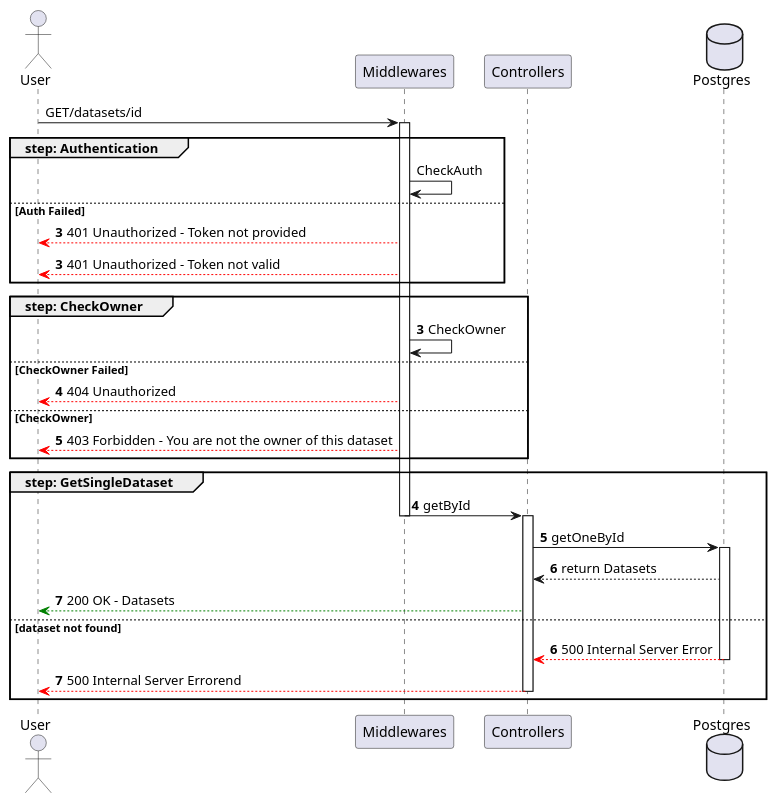
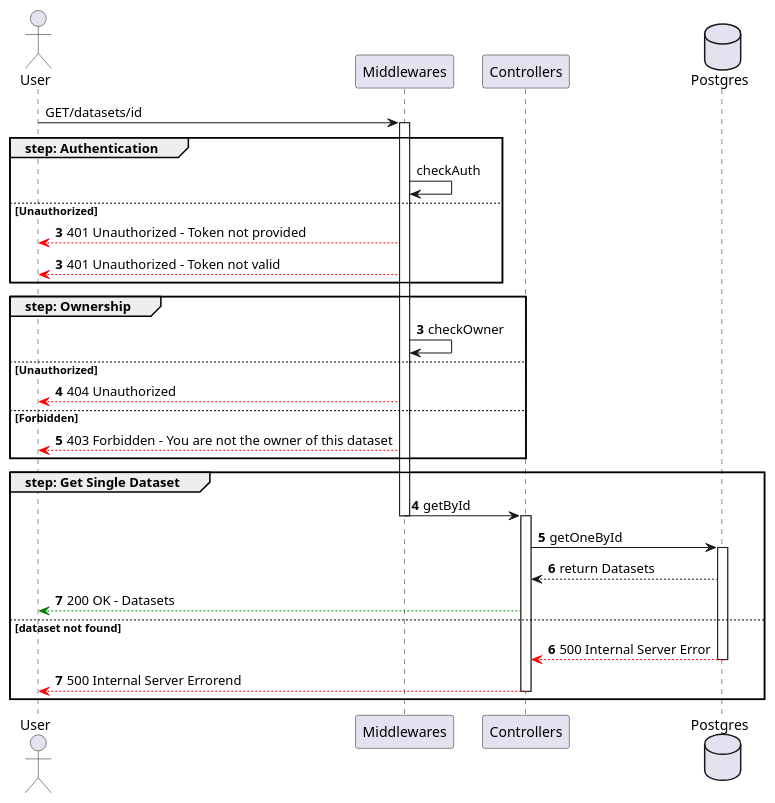
One commit to ShadowWalker1411/ProgrammazioneAvanzataREPO changed the diagram in sequence_diagrams/datasets/GetSingleDataset.puml. Above: the diagram before and after it, drawn with PlantUML. The commit also changed 34 other files, not shown here.

```diff
--- a/sequence_diagrams/datasets/GetSingleDataset.puml
+++ b/sequence_diagrams/datasets/GetSingleDataset.puml
@@ -1,39 +1,39 @@
-@startuml
+@startuml GetSingleDataset
 
 actor User
 
 participant Middlewares
 participant Controllers
 database Postgres
 
 User -> Middlewares ++: GET/datasets/id
 group step: Authentication
-    Middlewares -> Middlewares : CheckAuth
-else Auth Failed
+    Middlewares -> Middlewares : checkAuth
+else Unauthorized
     autonumber 3
     Middlewares --[#red]> User : 401 Unauthorized - Token not provided
     autonumber 3
     Middlewares --[#red]> User : 401 Unauthorized - Token not valid
 end
-group step: CheckOwner 
+group step: Ownership 
     autonumber 3
-    Middlewares -> Middlewares : CheckOwner 
-else CheckOwner Failed
+    Middlewares -> Middlewares : checkOwner 
+else Unauthorized
 autonumber 4
     Middlewares --[#red]> User : 404 Unauthorized
-else CheckOwner 
+else Forbidden 
     Middlewares --[#red]> User : 403 Forbidden - You are not the owner of this dataset
 end
 autonumber 4
-group step: GetSingleDataset
+group step: Get Single Dataset
     Middlewares -> Controllers --++: getById
     Controllers -> Postgres ++: getOneById
     Postgres --> Controllers : return Datasets
     Controllers --[#green]> User : 200 OK - Datasets
 else dataset not found
     autonumber 6
     Postgres --[#red]> Controllers --: 500 Internal Server Error
     Controllers --[#red]> User --: 500 Internal Server Errorend
 end
 
 @enduml
```
